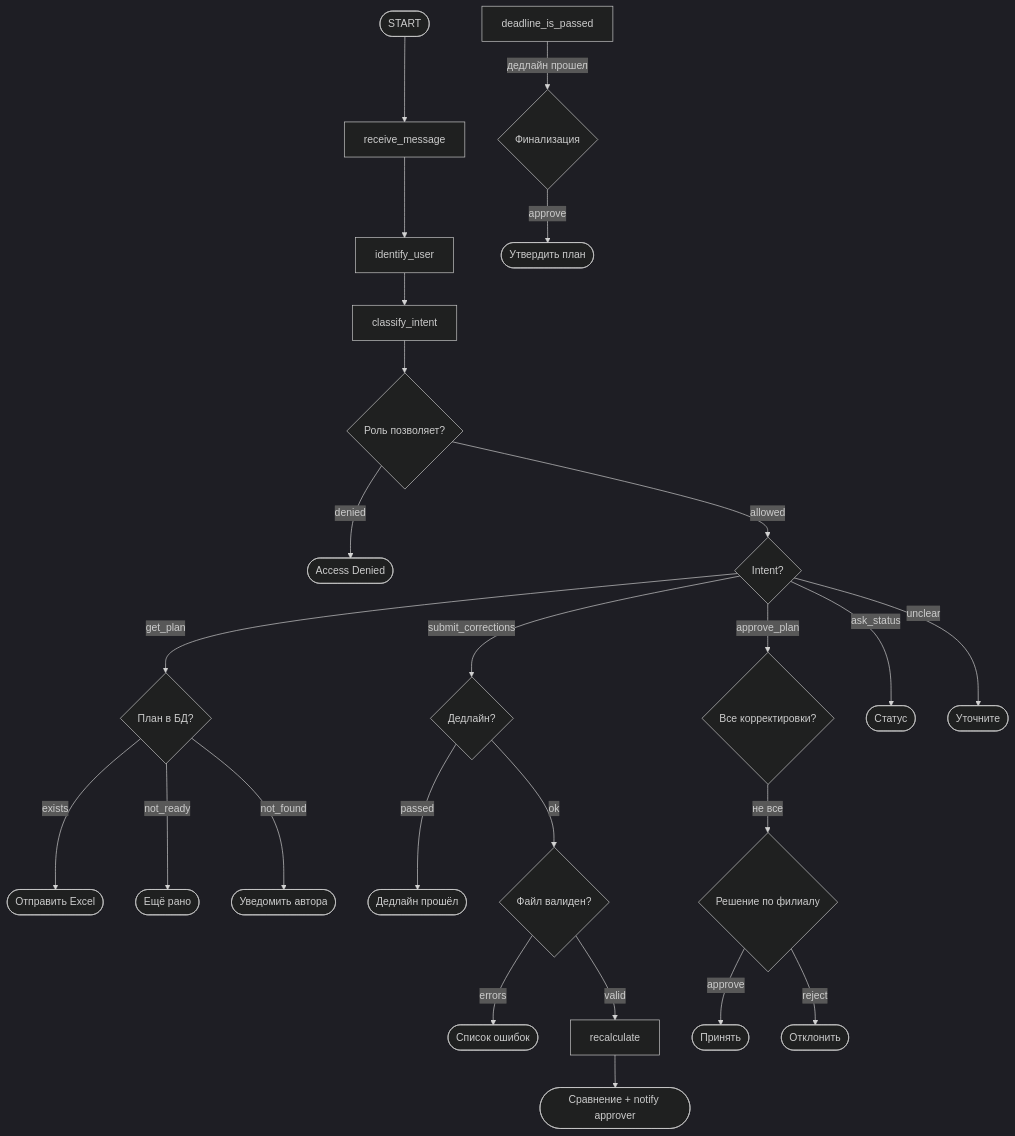
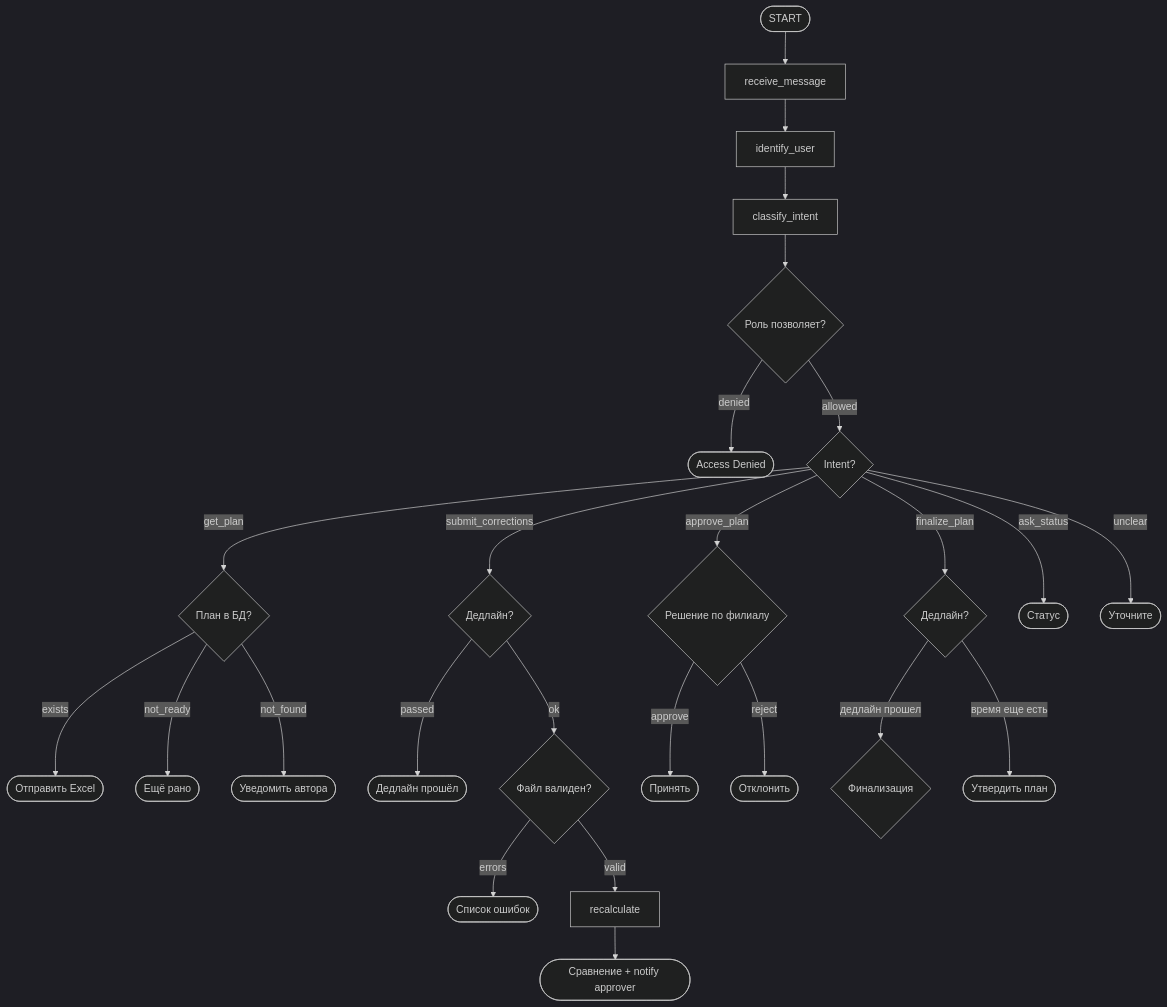
The diagram in README.md (WhatSoNot7/ad-placement-agent), drawn with Mermaid (dark theme) before and after one commit.

Commit message:
обновлена схема

````diff
--- a/README.md
+++ b/README.md
@@ -39,32 +39,33 @@
 ```mermaid
 graph TD
     START([START]) --> receive_message
     receive_message --> identify_user
     identify_user --> classify_intent
 
     classify_intent --> check_permissions{Роль позволяет?}
     check_permissions -->|denied| respond_denied([Access Denied])
 
     check_permissions -->|allowed| route_intent{Intent?}
 
     route_intent -->|get_plan| check_plan{План в БД?}
     check_plan -->|exists| export_excel([Отправить Excel])
     check_plan -->|not_ready| respond_early([Ещё рано])
     check_plan -->|not_found| offer_notify([Уведомить автора])
 
     route_intent -->|submit_corrections| check_deadline{Дедлайн?}
     check_deadline -->|passed| respond_deadline([Дедлайн прошёл])
     check_deadline -->|ok| validate_excel{Файл валиден?}
     validate_excel -->|errors| respond_errors([Список ошибок])
     validate_excel -->|valid| recalculate --> comparison([Сравнение + notify approver])
 
-    route_intent -->|approve_plan| check_all{Все корректировки?}
-    check_all -->|не все| partial_decision{Решение по филиалу}
+    route_intent -->|approve_plan| partial_decision{Решение по филиалу}
     partial_decision -->|approve| approve_branch([Принять])
     partial_decision -->|reject| reject_branch([Отклонить])
-    deadline_is_passed -->|дедлайн прошел| finalize_decision{Финализация}
-    finalize_decision -->|approve| finalize([Утвердить план])
+	
+	route_intent -->|finalize_plan| deadline_is_passed{Дедлайн?}
+    deadline_is_passed -->|дедлайн прошел| finalize_plan{Финализация}
+    deadline_is_passed -->|время еще есть| wait([Утвердить план])
 
     route_intent -->|ask_status| respond_status([Статус])
     route_intent -->|unclear| respond_clarify([Уточните])
 ```
````
